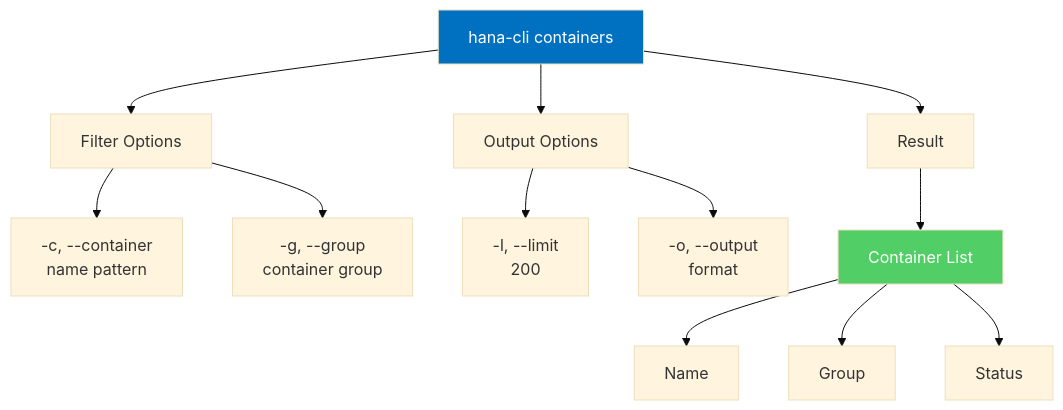
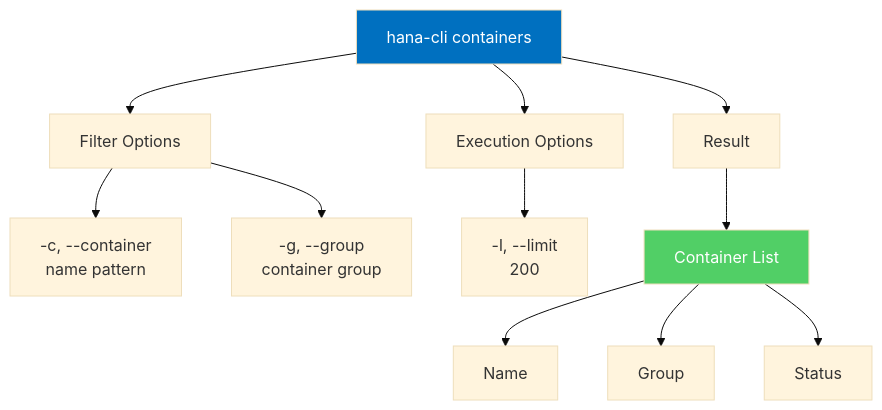
Before and after one commit to SAP-samples/hana-developer-cli-tool-example: diagram 11 of 26 in docs/99-reference/command-reference.md, drawn with Mermaid (base theme). The commit also changed other lines of this file and 10 other files, not shown here.

````diff
--- a/docs/99-reference/command-reference.md
+++ b/docs/99-reference/command-reference.md
@@ -406,19 +413,18 @@
 ```mermaid
 graph TD
     A["hana-cli containers"] --> B["Filter Options"]
     B --> B1["-c, --container<br/>name pattern"]
     B --> B2["-g, --group<br/>container group"]
     
-    A --> C["Output Options"]
+    A --> C["Execution Options"]
     C --> C1["-l, --limit<br/>200"]
-    C --> C2["-o, --output<br/>format"]
     
     A --> D["Result"]
     D --> E["Container List"]
     E --> E1["Name"]
     E --> E2["Group"]
     E --> E3["Status"]
     
     style A fill:#0070C0,color:#fff
     style E fill:#51CF66,color:#fff
 ```
````
